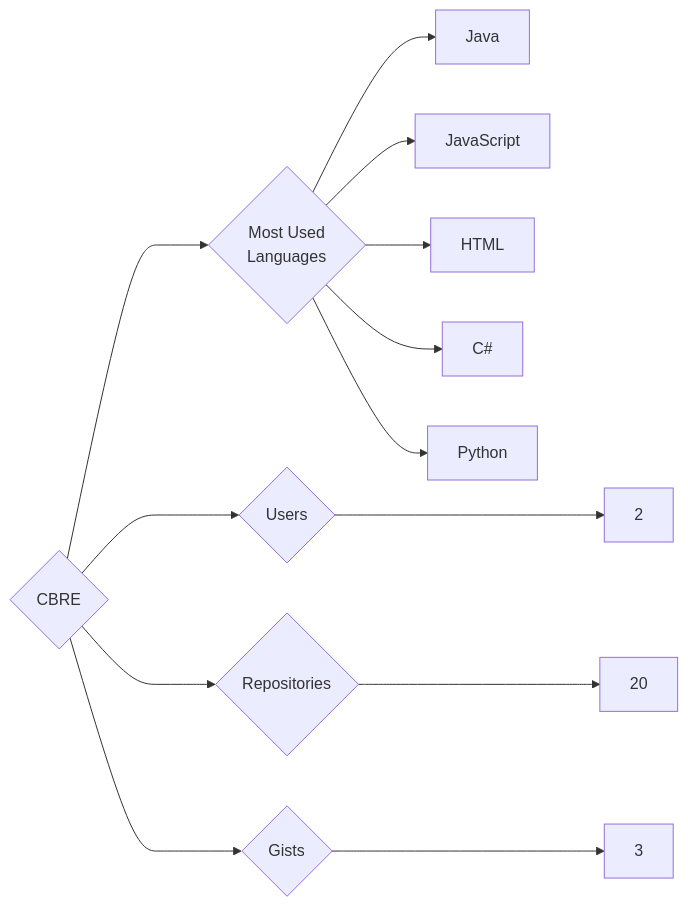
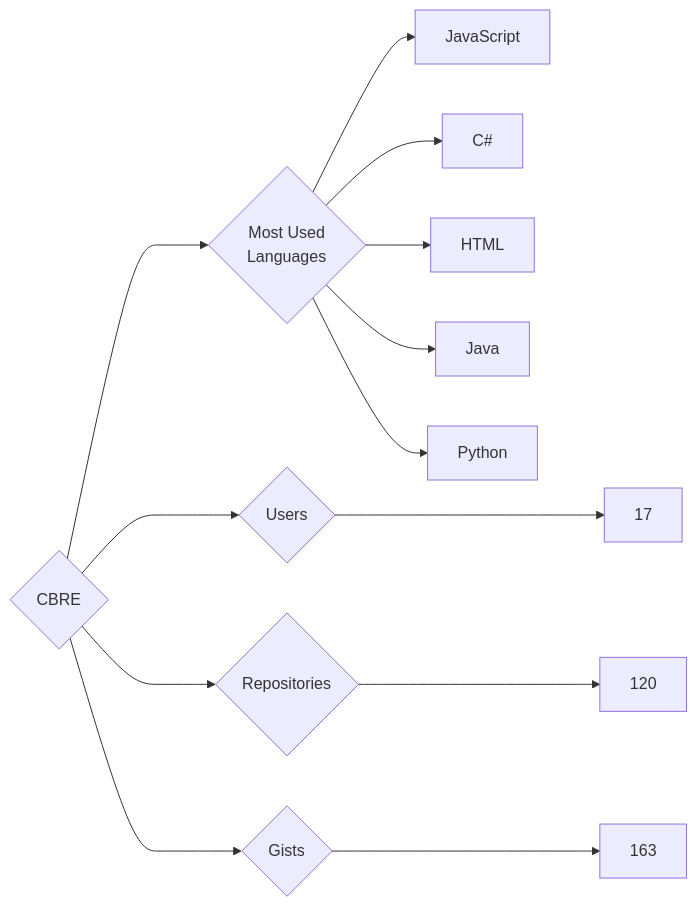
One commit to trickest/insiders changed the diagram in targets/CBRE/README.md. Above: the diagram before and after it, drawn with Mermaid. The commit also changed 681 other files, not shown here.

````diff
--- a/targets/CBRE/README.md
+++ b/targets/CBRE/README.md
@@ -3,13 +3,13 @@
 ```mermaid
 graph LR
 COMPANY_NAME{CBRE}
-COMPANY_NAME ---> U{Users} ---> UN[2]
-COMPANY_NAME ---> R{Repositories} ---> RN[20]
-COMPANY_NAME ---> G{Gists} ---> GN[3]
+COMPANY_NAME ---> U{Users} ---> UN[17]
+COMPANY_NAME ---> R{Repositories} ---> RN[120]
+COMPANY_NAME ---> G{Gists} ---> GN[163]
 COMPANY_NAME ---> ML{Most Used<br>Languages}
+ML --> JavaScript[JavaScript]
+ML --> C#[C#]
+ML --> HTML[HTML]
 ML --> Java[Java]
-ML --> JavaScript[JavaScript]
-ML --> HTML[HTML]
-ML --> C#[C#]
 ML --> Python[Python]
 ```
````
